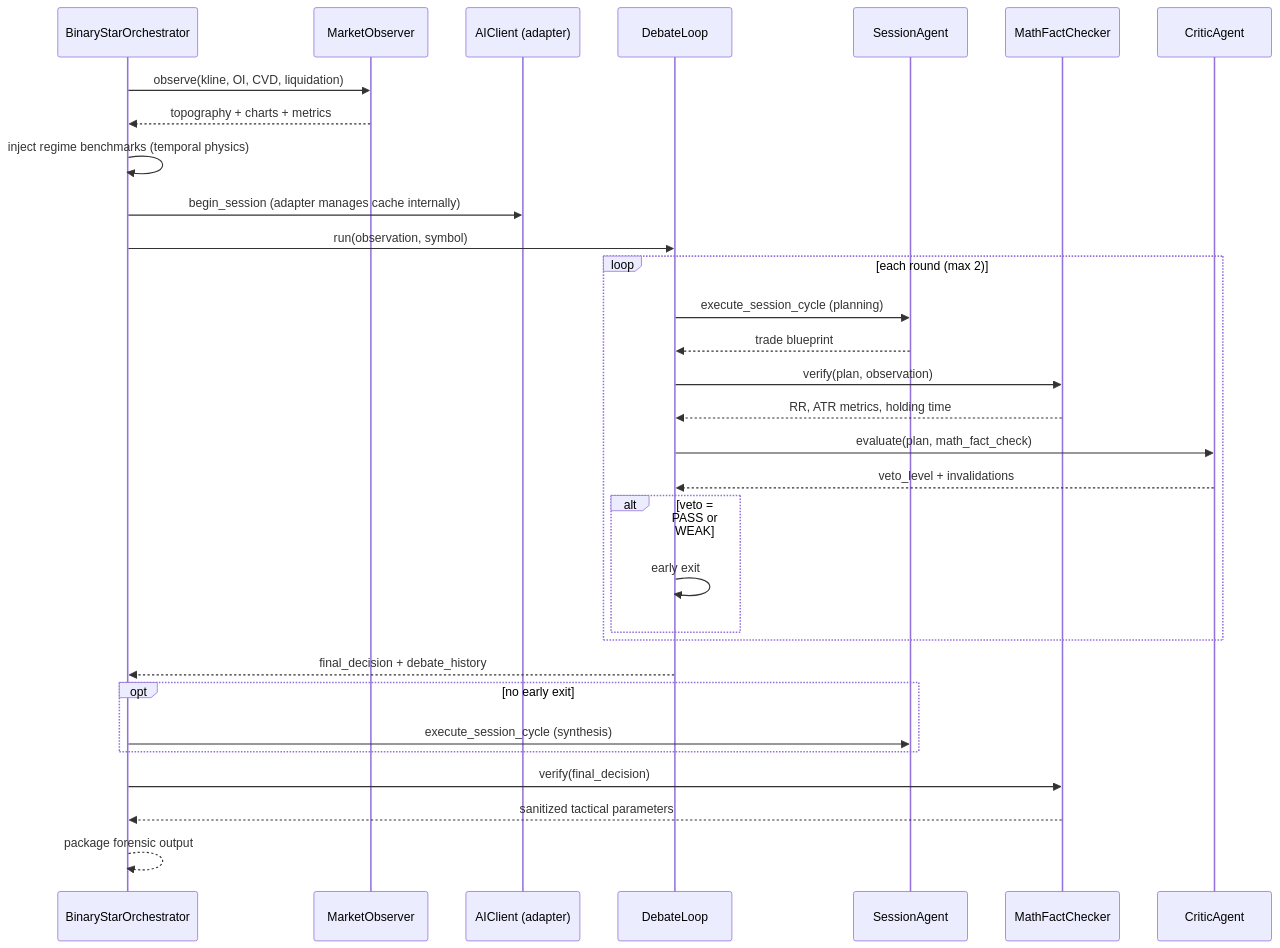
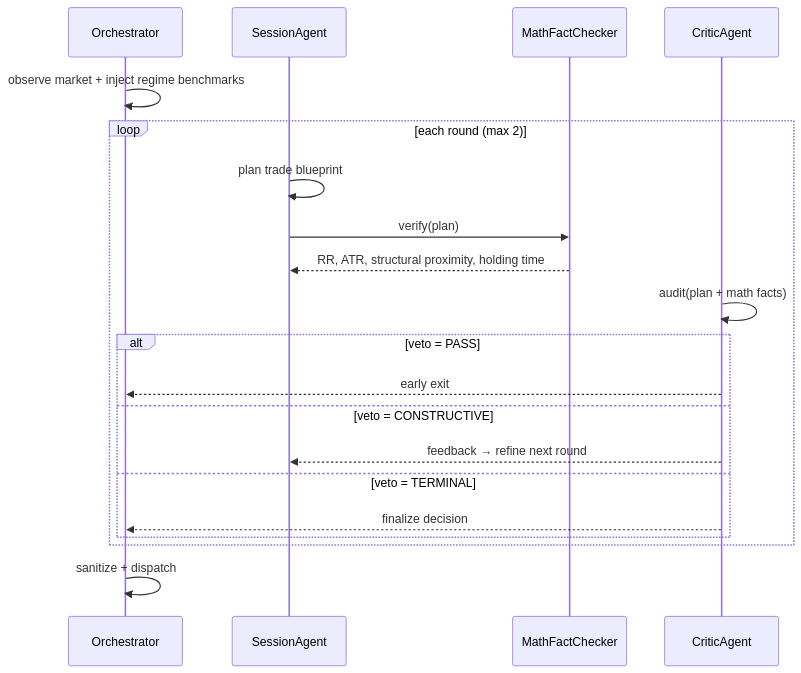
The third of 4 diagrams in README.md (jiangyang5157/binary-star), drawn with Mermaid before and after one commit. The commit also changed other lines of this file, not shown here.

First line of the commit message:
docs: full README rewrite — concise, diagram-first, zero crossed lines

````diff
--- a/README.md
+++ b/README.md
@@ -66,36 +63,23 @@
 ```mermaid
 sequenceDiagram
-    participant BSO as BinaryStarOrchestrator
-    participant Obs as MarketObserver
-    participant Client as AIClient (adapter)
-    participant DL as DebateLoop
+    participant BSO as Orchestrator
     participant SA as SessionAgent
     participant MFC as MathFactChecker
     participant CA as CriticAgent
 
-    BSO->>Obs: observe(kline, OI, CVD, liquidation)
-    Obs-->>BSO: topography + charts + metrics
-    BSO->>BSO: inject regime benchmarks (temporal physics)
-    BSO->>Client: begin_session (adapter manages cache internally)
-    BSO->>DL: run(observation, symbol)
-
+    BSO->>BSO: observe market + inject regime benchmarks
     loop each round (max 2)
-        DL->>SA: execute_session_cycle (planning)
-        SA-->>DL: trade blueprint
-        DL->>MFC: verify(plan, observation)
-        MFC-->>DL: RR, ATR metrics, holding time
-        DL->>CA: evaluate(plan, math_fact_check)
-        CA-->>DL: veto_level + invalidations
-        alt veto = PASS or WEAK
-            DL->>DL: early exit
+        SA->>SA: plan trade blueprint
+        SA->>MFC: verify(plan)
+        MFC-->>SA: RR, ATR, structural proximity, holding time
+        CA->>CA: audit(plan + math facts)
+        alt veto = PASS
+            CA-->>BSO: early exit
+        else veto = CONSTRUCTIVE
+            CA-->>SA: feedback → refine next round
+        else veto = TERMINAL
+            CA-->>BSO: finalize decision
         end
     end
-
-    DL-->>BSO: final_decision + debate_history
-    opt no early exit
-        BSO->>SA: execute_session_cycle (synthesis)
-    end
-    BSO->>MFC: verify(final_decision)
-    MFC-->>BSO: sanitized tactical parameters
-    BSO-->>BSO: package forensic output
+    BSO->>BSO: sanitize + dispatch
 ```
````
